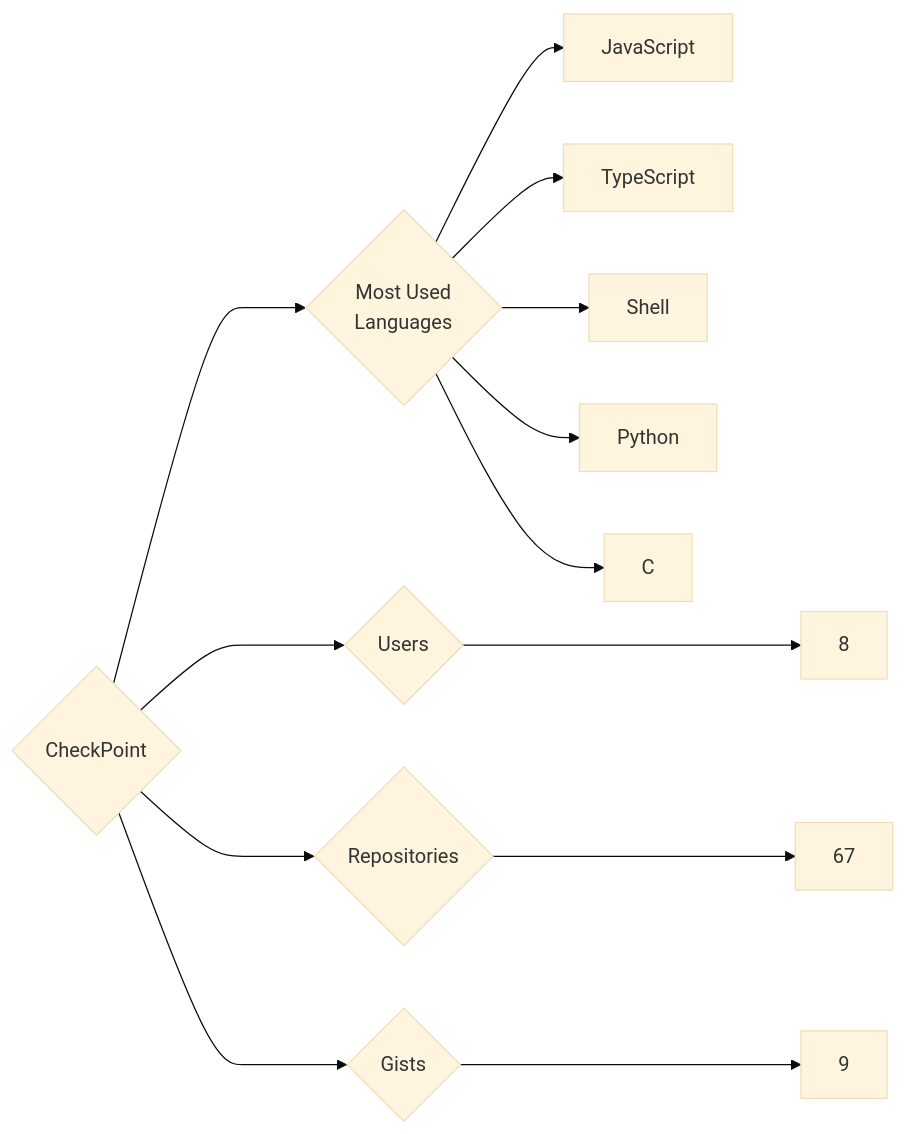
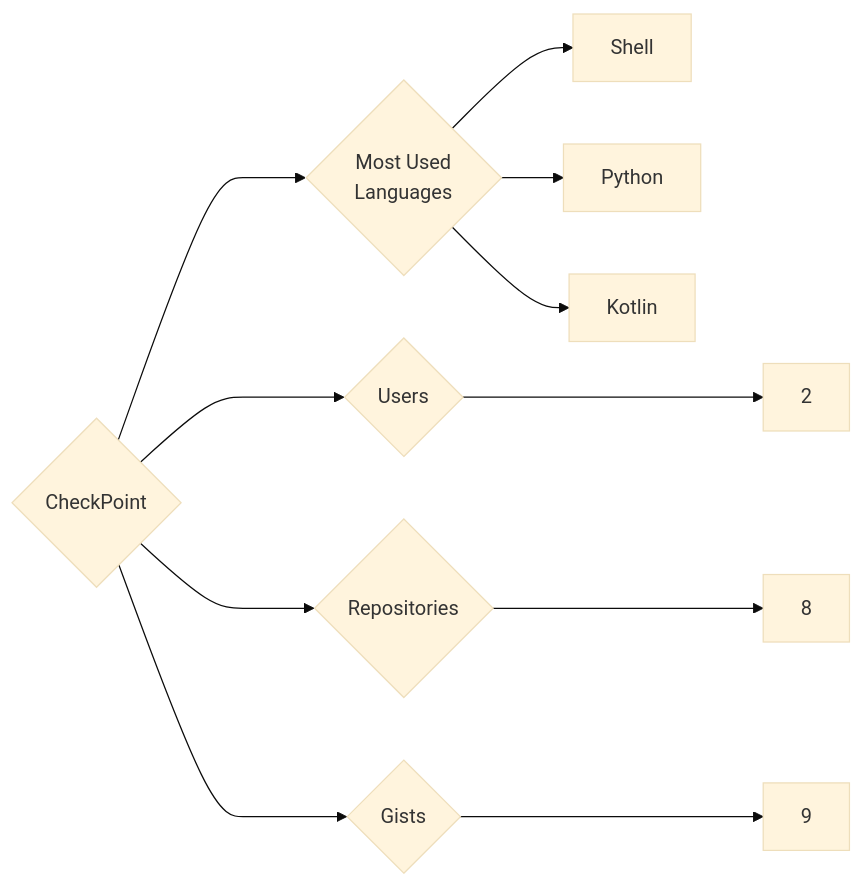
Before and after one commit to trickest/insiders: the diagram in targets/CheckPoint/README.md, drawn with Mermaid (base theme). The commit also changed 815 other files, not shown here.

````diff
--- a/targets/CheckPoint/README.md
+++ b/targets/CheckPoint/README.md
@@ -3,13 +3,11 @@
 ```mermaid
 graph LR
 COMPANY_NAME{CheckPoint}
-COMPANY_NAME ---> U{Users} ---> UN[8]
-COMPANY_NAME ---> R{Repositories} ---> RN[67]
+COMPANY_NAME ---> U{Users} ---> UN[2]
+COMPANY_NAME ---> R{Repositories} ---> RN[8]
 COMPANY_NAME ---> G{Gists} ---> GN[9]
 COMPANY_NAME ---> ML{Most Used<br>Languages}
-ML --> JavaScript[JavaScript]
-ML --> TypeScript[TypeScript]
 ML --> Shell[Shell]
 ML --> Python[Python]
-ML --> C[C]
+ML --> Kotlin[Kotlin]
 ```
````
